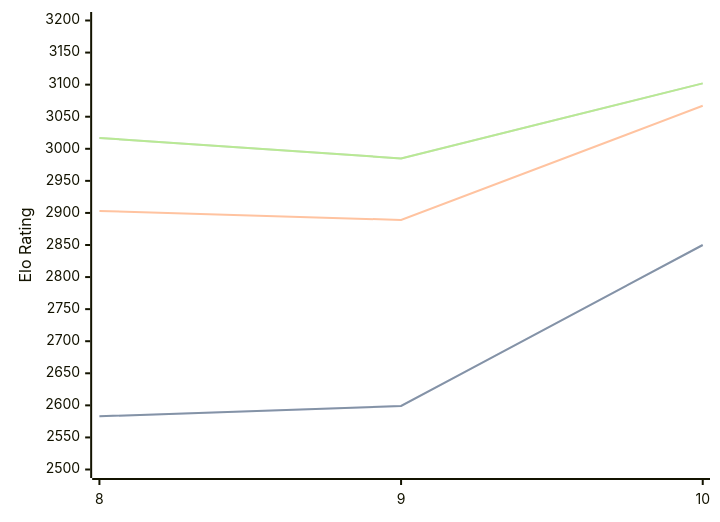
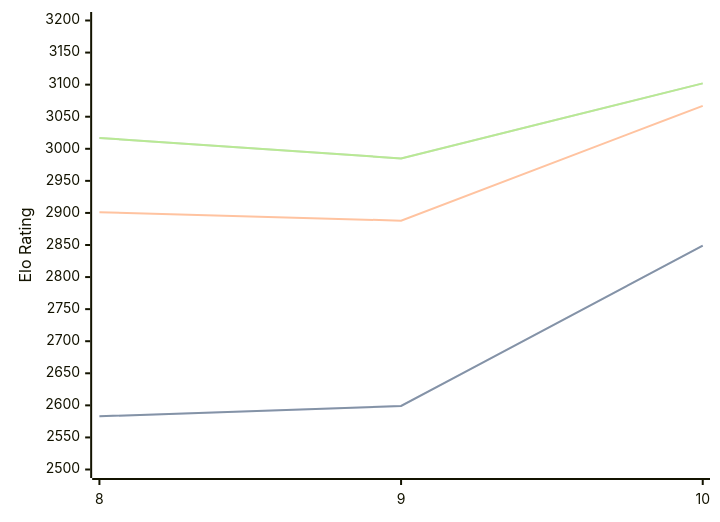
One commit to computer-chess-index/cci changed the diagram in engines/Lozza.md. Above: the diagram before and after it, drawn with Mermaid. The commit also changed other lines of this file, not shown here.

````diff
--- a/engines/Lozza.md
+++ b/engines/Lozza.md
@@ -41,11 +41,11 @@
 ```mermaid
 %%{init: {"theme":"base","themeVariables":{"seriesColors:['#a3a3a3','#222221','#faa371']}}}%%
 xychart-beta
   x-axis ["8", "9", "10"]
   y-axis "Elo Rating" 2500 --> 3200
-  line "STC (8.0+0.08s)" [2583, 2599, 2850]
-  line "STC (8.0+0.08s)" [2583, 2599, 2850]
-  line "LTC (60.0+0.60s)" [2903, 2889, 3067]
+  line "STC (8.0+0.08s)" [2583, 2599, 2849]
+  line "STC (8.0+0.08s)" [2583, 2599, 2849]
+  line "LTC (60.0+0.60s)" [2901, 2888, 3067]
   line "VLTC (2m24s+1.12s)" [3017, 2985, 3102]
   line "VLTC (2m24s+1.12s)" [3017, 2985, 3102]
 ```
````
